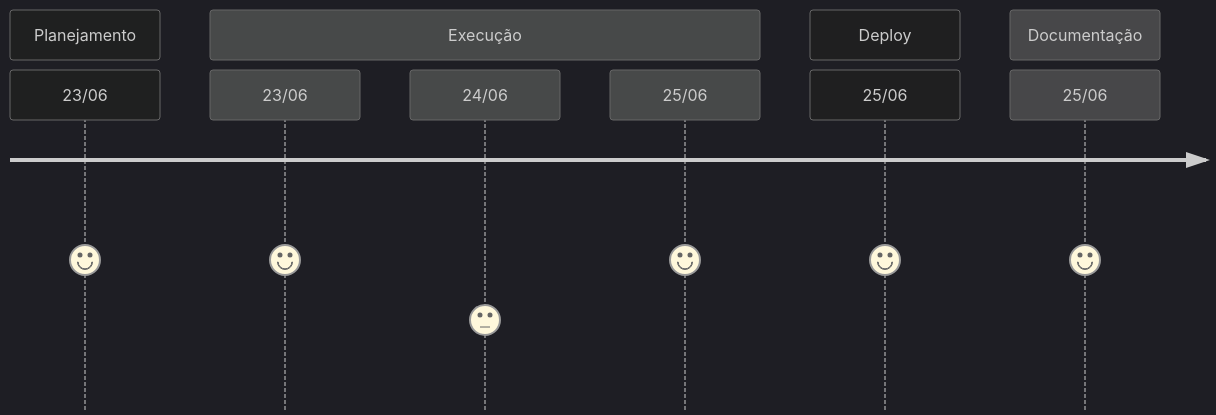
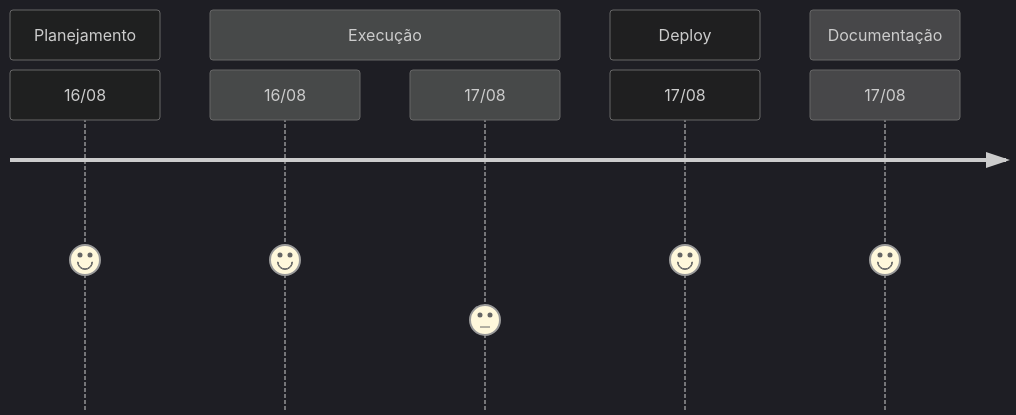
Before and after one commit to Ftarganski/medical-office: the second of 2 diagrams in README.md, drawn with Mermaid. The commit also changed other lines of this file, not shown here.

````diff
--- a/README.md
+++ b/README.md
@@ -60,14 +58,13 @@
 ```mermaid
 %%{init: { 'theme': 'dark' } }%%
 journey
     section Planejamento
-      23/06: 5
+      16/08: 5
     section Execução
-      23/06: 5
-      24/06: 3
-      25/06: 5
+      16/08: 5
+      17/08: 3
     section Deploy
-      25/06: 5
+      17/08: 5
     section Documentação
-      25/06: 5
+      17/08: 5
 ```
````
